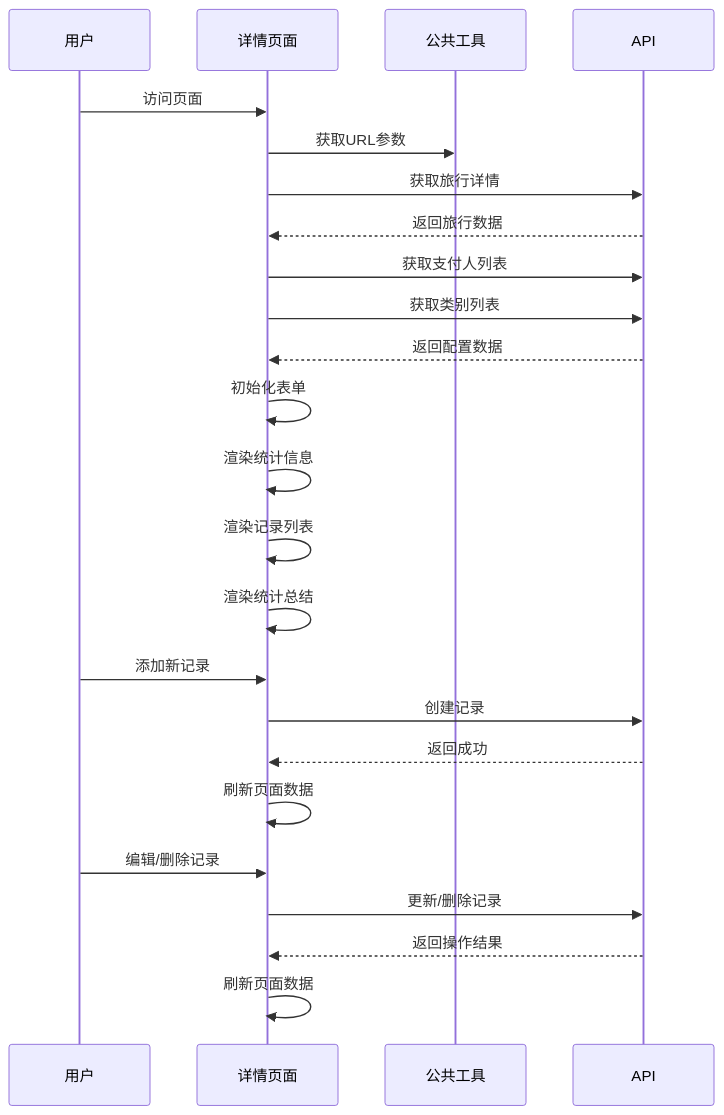
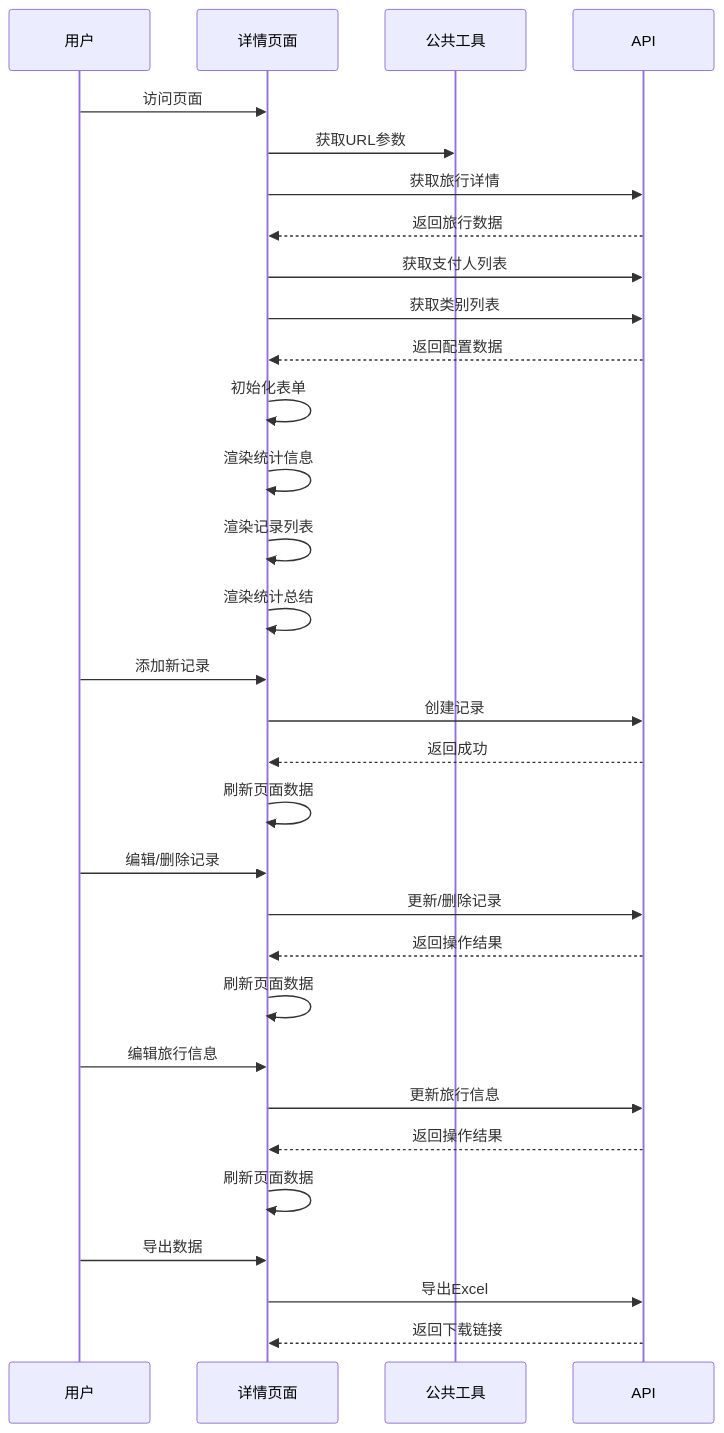
One commit to louyinmin/recorded changed diagram 11 of 17 in .qoder/repowiki/zh/content/前端页面详解/前端页面详解.md. Above: the diagram before and after it, drawn with Mermaid. The commit also changed other lines of this file and 6 other files, not shown here.

````diff
--- a/.qoder/repowiki/zh/content/前端页面详解/前端页面详解.md
+++ b/.qoder/repowiki/zh/content/前端页面详解/前端页面详解.md
@@ -412,26 +449,33 @@
 ```mermaid
 sequenceDiagram
 participant U as 用户
 participant D as 详情页面
 participant C as 公共工具
 participant A as API
 U->>D : 访问页面
 D->>C : 获取URL参数
 D->>A : 获取旅行详情
 A-->>D : 返回旅行数据
 D->>A : 获取支付人列表
 D->>A : 获取类别列表
 A-->>D : 返回配置数据
 D->>D : 初始化表单
 D->>D : 渲染统计信息
 D->>D : 渲染记录列表
 D->>D : 渲染统计总结
 U->>D : 添加新记录
 D->>A : 创建记录
 A-->>D : 返回成功
 D->>D : 刷新页面数据
 U->>D : 编辑/删除记录
 D->>A : 更新/删除记录
 A-->>D : 返回操作结果
 D->>D : 刷新页面数据
+U->>D : 编辑旅行信息
+D->>A : 更新旅行信息
+A-->>D : 返回操作结果
+D->>D : 刷新页面数据
+U->>D : 导出数据
+D->>A : 导出Excel
+A-->>D : 返回下载链接
 ```
````
